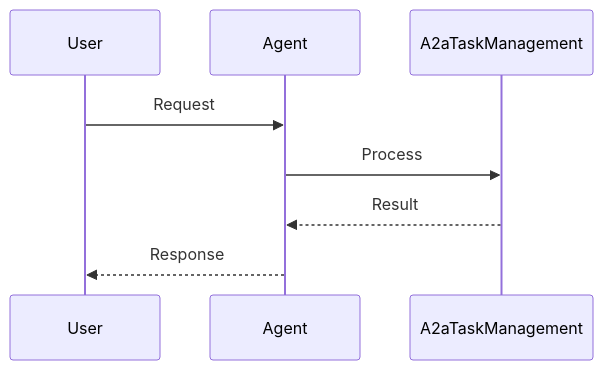
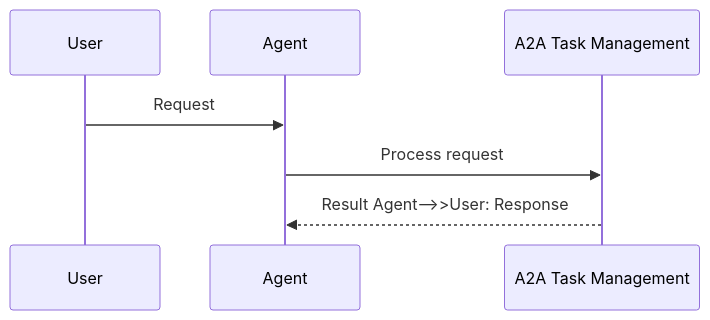
One commit to MervinPraison/PraisonAIDocs changed the second of 4 diagrams in docs/features/a2a-tasks.mdx. Above: the diagram before and after it, drawn with Mermaid. The commit also changed 204 other files, not shown here.

First line of the commit message:
docs: align feature/tool pages with AGENTS.md hero + sequence + import standards (fixes #1775)

````diff
--- a/docs/features/a2a-tasks.mdx
+++ b/docs/features/a2a-tasks.mdx
@@ -51,11 +51,10 @@
 ```mermaid
 sequenceDiagram
     participant User
     participant Agent
-    participant A2aTaskManagement
+    participant Feature as A2A Task Management
 
     User->>Agent: Request
-    Agent->>A2aTaskManagement: Process
-    A2aTaskManagement-->>Agent: Result
-    Agent-->>User: Response
+    Agent->>Feature: Process request
+    Feature-->>Agent: Result    Agent-->>User: Response
 ```
````
